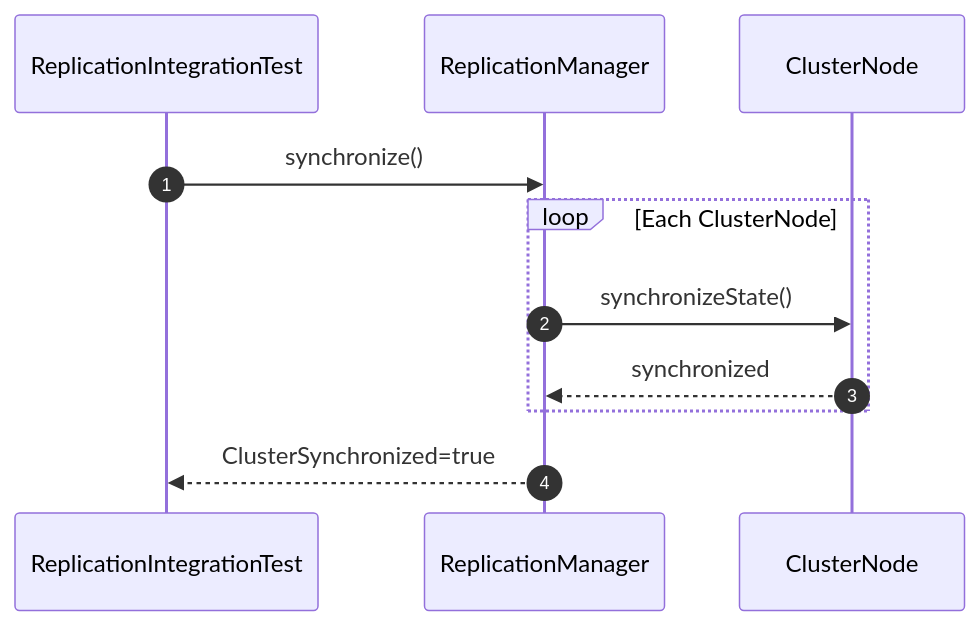
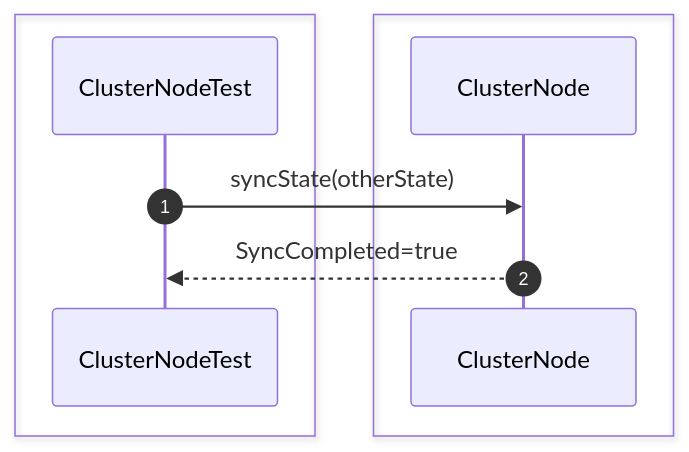
One commit to Huy1801214/dbms-architecture changed diagram 18 of 26 in src/sequence/replication.md. Above: the diagram before and after it, drawn with Mermaid. The commit also changed other lines of this file and 10 other files, not shown here.

Commit message:
add comprehensive sequence diagrams and documentation for system architecture and unit testing specifications

````diff
--- a/src/sequence/replication.md
+++ b/src/sequence/replication.md
@@ -166,16 +317,14 @@
 ```mermaid
 sequenceDiagram
     autonumber
-    participant Test as ReplicationIntegrationTest
-    participant Replication as ReplicationManager
+
+    box #e1f5fe Test Suite
+    participant Test as ClusterNodeTest
+    end
+    box #ffebee Replication Components
     participant Node as ClusterNode
-
-    Test->>Replication: synchronize()
-
-    loop Each ClusterNode
-        Replication->>Node: synchronizeState()
-        Node-->>Replication: synchronized
     end
 
-    Replication-->>Test: ClusterSynchronized=true
+    Test->>Node: syncState(otherState)
+    Node-->>Test: SyncCompleted=true
 ```
````
